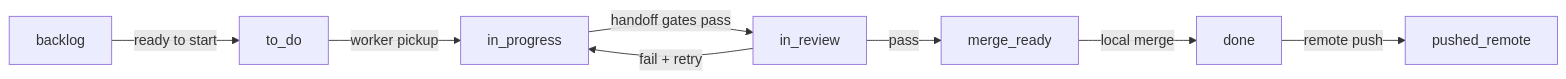
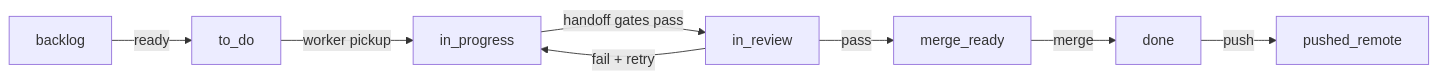
The first of 2 diagrams in packages/agent/onboarding.md (ArendiStudio/homebrew-apps), drawn with Mermaid before and after one commit. The commit also changed other lines of this file and 2 other files, not shown here.

````diff
--- a/packages/agent/onboarding.md
+++ b/packages/agent/onboarding.md
@@ -336,18 +98,18 @@
 ```mermaid
 flowchart LR
   Backlog["backlog"]
   Todo["to_do"]
   Progress["in_progress"]
   Review["in_review"]
   MergeReady["merge_ready"]
   Done["done"]
   Pushed["pushed_remote"]
 
-  Backlog -->|"ready to start"| Todo
+  Backlog -->|"ready"| Todo
   Todo -->|"worker pickup"| Progress
   Progress -->|"handoff gates pass"| Review
   Review -->|"pass"| MergeReady
   Review -->|"fail + retry"| Progress
-  MergeReady -->|"local merge"| Done
-  Done -->|"remote push"| Pushed
+  MergeReady -->|"merge"| Done
+  Done -->|"push"| Pushed
 ```
````
